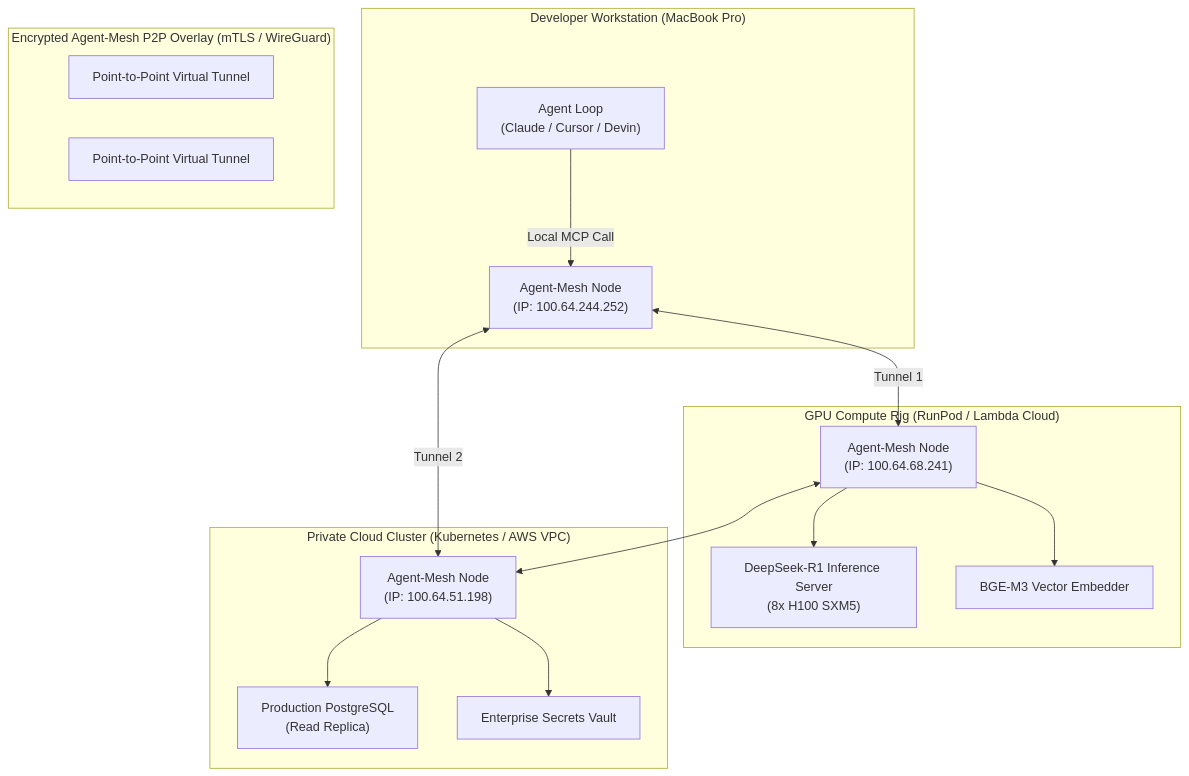
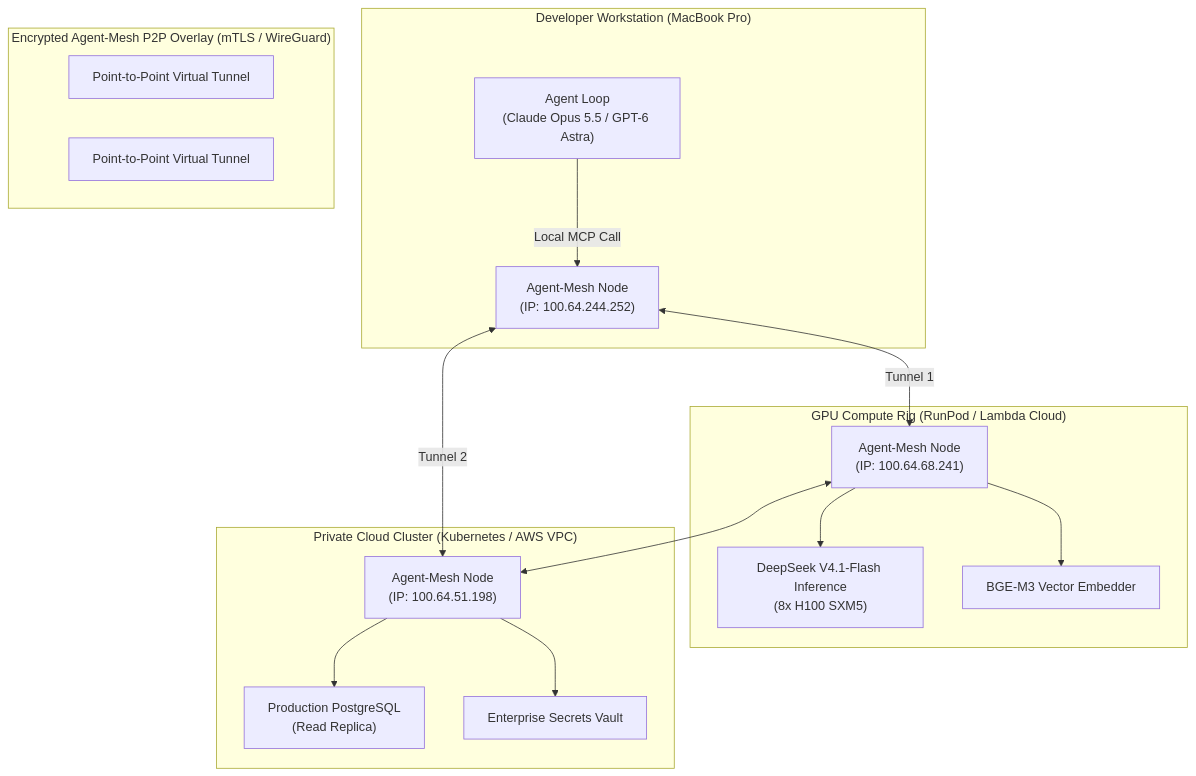
The first of 3 diagrams in README.md (AAH20/agent-mesh), drawn with Mermaid before and after one commit.

Commit message:
docs: update to frontier distributed models (Claude Opus 5.5, DeepSeek V4.1-Flash)

````diff
--- a/README.md
+++ b/README.md
@@ -31,33 +31,33 @@
 ```mermaid
 graph TD
     subgraph LocalDev["Developer Workstation (MacBook Pro)"]
-        MacAgent["Agent Loop\n(Claude / Cursor / Devin)"]
+        MacAgent["Agent Loop\n(Claude Opus 5.5 / GPT-6 Astra)"]
         MacNode["Agent-Mesh Node\n(IP: 100.64.244.252)"]
         MacAgent -->|Local MCP Call| MacNode
     end
 
     subgraph MeshOverlay["Encrypted Agent-Mesh P2P Overlay (mTLS / WireGuard)"]
         Tunnel1["Point-to-Point Virtual Tunnel"]
         Tunnel2["Point-to-Point Virtual Tunnel"]
     end
 
     subgraph GPURig["GPU Compute Rig (RunPod / Lambda Cloud)"]
         GPUNode["Agent-Mesh Node\n(IP: 100.64.68.241)"]
-        vLLM["DeepSeek-R1 Inference Server\n(8x H100 SXM5)"]
+        vLLM["DeepSeek V4.1-Flash Inference\n(8x H100 SXM5)"]
         Embeddings["BGE-M3 Vector Embedder"]
         GPUNode --> vLLM
         GPUNode --> Embeddings
     end
 
     subgraph CloudK8s["Private Cloud Cluster (Kubernetes / AWS VPC)"]
         K8sNode["Agent-Mesh Node\n(IP: 100.64.51.198)"]
         ProdDB["Production PostgreSQL\n(Read Replica)"]
         SecVault["Enterprise Secrets Vault"]
         K8sNode --> ProdDB
         K8sNode --> SecVault
     end
 
     MacNode <-->|Tunnel 1| GPUNode
     MacNode <-->|Tunnel 2| K8sNode
     GPUNode <--> K8sNode
 ```
````
